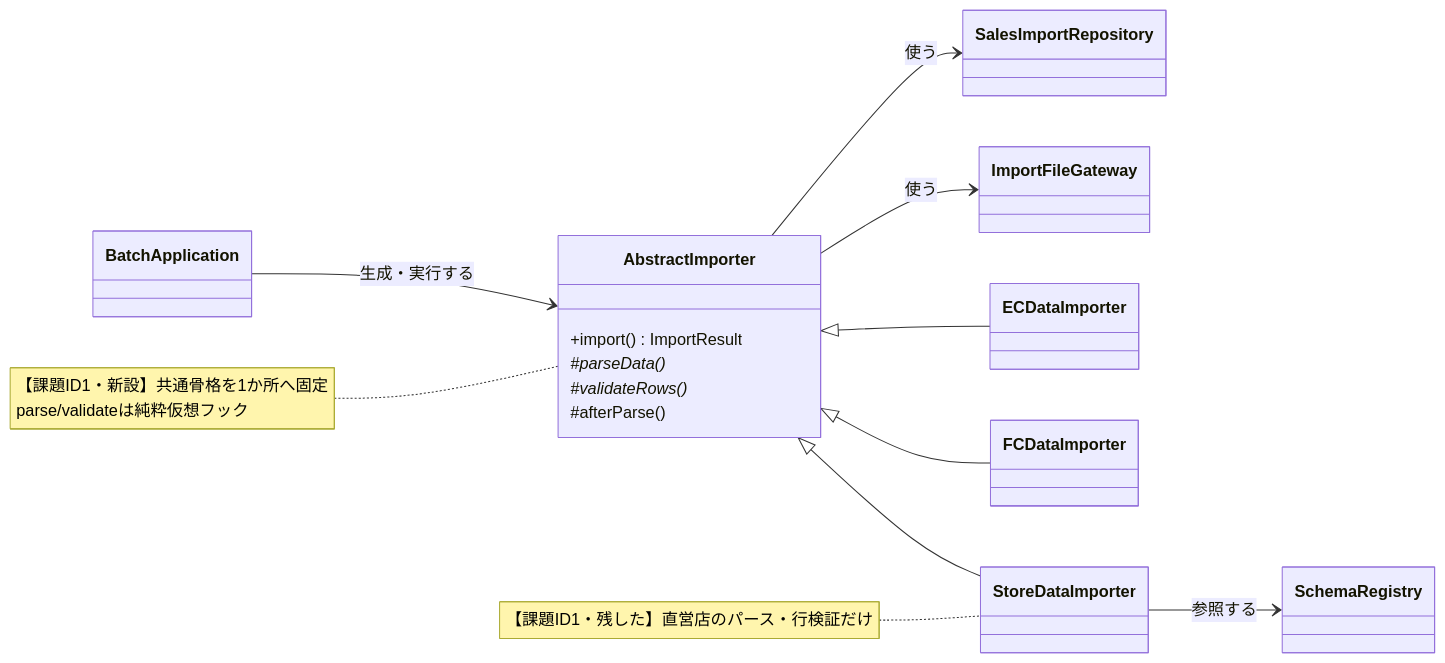
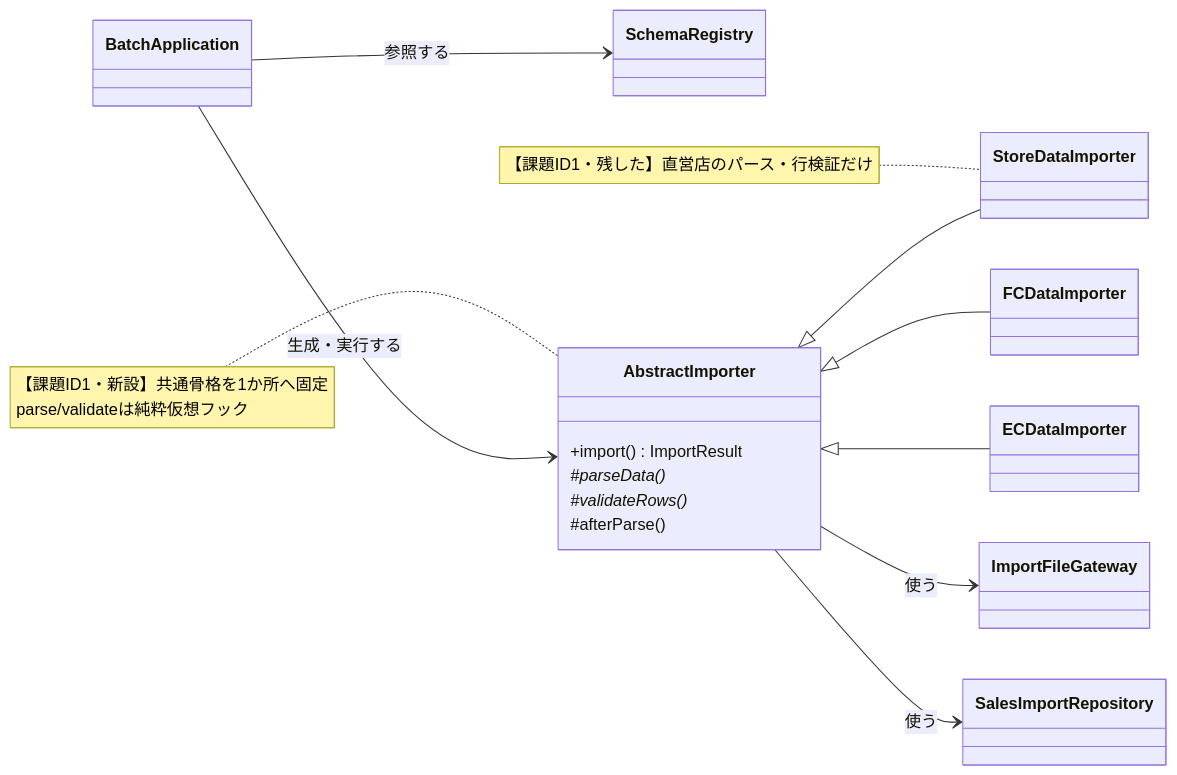
One commit to kumachan1101-pixel/DesignPattern changed diagram 11 of 17 in kindle/design-patterns/output/chapter04.md. Above: the diagram before and after it, drawn with Mermaid. The commit also changed other lines of this file and 1 other file, not shown here.

First line of the commit message:
LOGIC-005完了：図の辺をコードの実態へ付け替え（第4・9章, #62）

````diff
--- a/kindle/design-patterns/output/chapter04.md
+++ b/kindle/design-patterns/output/chapter04.md
@@ -1545,31 +1549,31 @@
 ```mermaid
 classDiagram
     direction LR
     class SchemaRegistry
     class ImportFileGateway
     class SalesImportRepository
     class BatchApplication
     class AbstractImporter {
         +import() ImportResult
         #parseData()*
         #validateRows()*
         #afterParse()
     }
     class StoreDataImporter
     class FCDataImporter
     class ECDataImporter
 
     AbstractImporter <|-- StoreDataImporter
     AbstractImporter <|-- FCDataImporter
     AbstractImporter <|-- ECDataImporter
     AbstractImporter --> ImportFileGateway : 使う
     AbstractImporter --> SalesImportRepository : 使う
-    StoreDataImporter --> SchemaRegistry : 参照する
+    BatchApplication --> SchemaRegistry : 参照する
     BatchApplication --> AbstractImporter : 生成・実行する
 
     note for AbstractImporter "【課題ID1・新設】共通骨格を1か所へ固定<br/>parse/validateは純粋仮想フック"
     note for StoreDataImporter "【課題ID1・残した】直営店のパース・行検証だけ"
 
     classDef focus fill:#FFF2CC,stroke:#D6B656,stroke-width:2px,color:#222222
     cssClass "AbstractImporter,StoreDataImporter,FCDataImporter,ECDataImporter" focus
 ```
````
